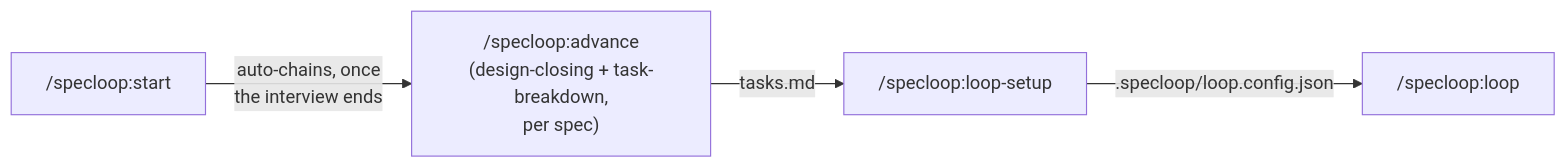
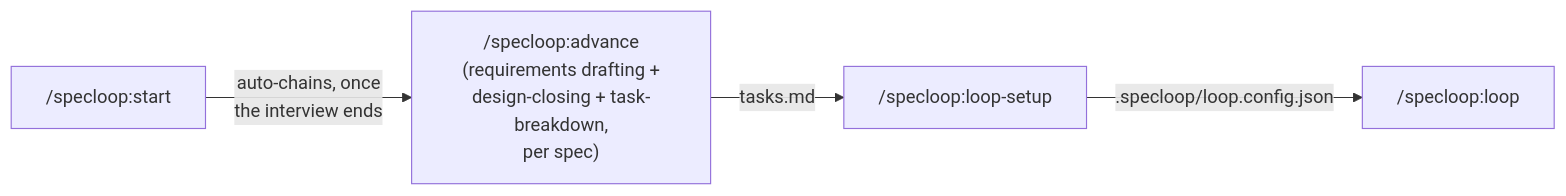
One commit to SebassContreras/specloop changed the diagram in README.md. Above: the diagram before and after it, drawn with Mermaid. The commit also changed other lines of this file and 12 other files, not shown here.

First line of the commit message:
feat(advance): draft missing requirements from the interview

````diff
--- a/README.md
+++ b/README.md
@@ -49,6 +49,6 @@
 ```mermaid
 flowchart LR
-    A["/specloop:start"] -->|"auto-chains, once<br/>the interview ends"| ADV["/specloop:advance<br/>(design-closing + task-breakdown,<br/>per spec)"]
+    A["/specloop:start"] -->|"auto-chains, once<br/>the interview ends"| ADV["/specloop:advance<br/>(requirements drafting +<br/>design-closing + task-breakdown,<br/>per spec)"]
     ADV -->|"tasks.md"| D["/specloop:loop-setup"]
     D -->|".specloop/loop.config.json"| E["/specloop:loop"]
 ```
````
